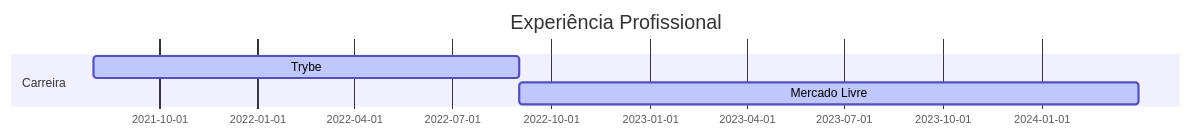
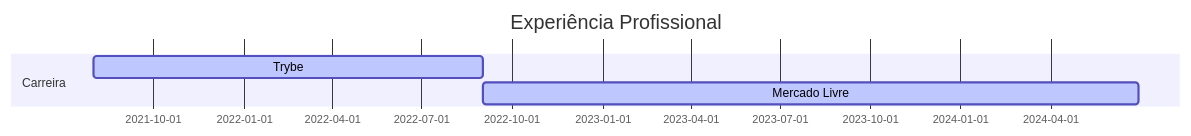
Before and after one commit to andersonmalves/andersonmalves: the diagram in README.md, drawn with Mermaid.

````diff
--- a/README.md
+++ b/README.md
@@ -22,9 +22,9 @@
 ```mermaid
 gantt
 dateFormat  YYYY-MM-DD
 title Experiência Profissional
 
 section Carreira
 Trybe                 :active,, 2021-08-01,2022-09-01
-Mercado Livre         :active,, 2022-09-01,2024-03-31
+Mercado Livre         :active,, 2022-09-01,2024-06-30
 ```
````
